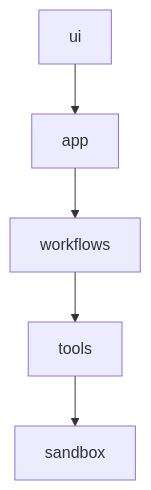
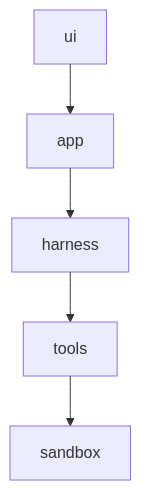
The first of 6 diagrams in docs/architecture.md (agent6-dev/agent6), drawn with Mermaid before and after one commit. The commit also changed other lines of this file and 274 other files, not shown here.

First line of the commit message:
refactor(harness): the workflows package is harness

````diff
--- a/docs/architecture.md
+++ b/docs/architecture.md
@@ -14,12 +14,12 @@
 ```mermaid
 graph TD
     n_ui["ui"]
     n_app["app"]
-    n_workflows["workflows"]
+    n_harness["harness"]
     n_tools["tools"]
     n_sandbox["sandbox"]
     n_ui --> n_app
-    n_app --> n_workflows
-    n_workflows --> n_tools
+    n_app --> n_harness
+    n_harness --> n_tools
     n_tools --> n_sandbox
 ```
````
